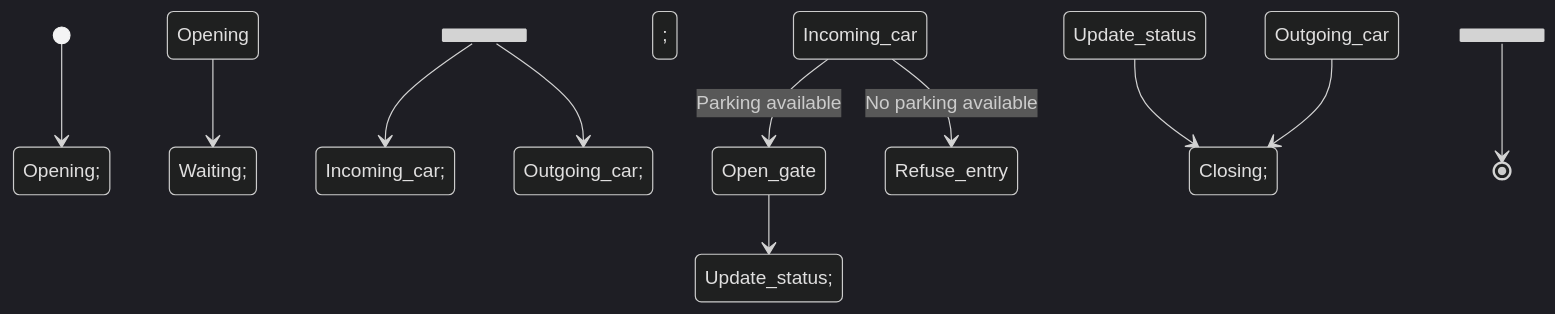
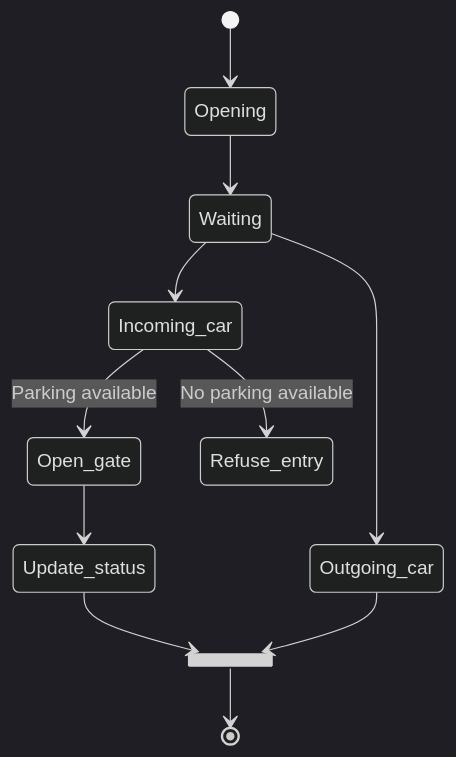
One commit to AmarS03/Tiny-Parking-System changed the diagram in README.md. Above: the diagram before and after it, drawn with Mermaid (dark theme).

Commit message:
Last fix for Mermaid diagram in README.md

````diff
--- a/README.md
+++ b/README.md
@@ -50,15 +50,15 @@
 ```mermaid
 stateDiagram-v2
-    [*] --> Opening;
-    Opening --> Waiting;
-    state Waiting <<fork>>;
-    Waiting --> Incoming_car;
-    Waiting --> Outgoing_car;
-    Incoming_car --> Open_gate: Parking available;
-    Incoming_car --> Refuse_entry: No parking available;
-    state Closing <<join>>;
-    Open_gate --> Update_status;
-    Update_status --> Closing;
-    Outgoing_car --> Closing;
-    Closing --> [*];
+    [*] --> Opening
+    Opening --> Waiting
+    state Waiting <<fork>>
+    Waiting --> Incoming_car
+    Waiting --> Outgoing_car
+    Incoming_car --> Open_gate: Parking available
+    Incoming_car --> Refuse_entry: No parking available
+    state Closing <<join>>
+    Open_gate --> Update_status
+    Update_status --> Closing
+    Outgoing_car --> Closing
+    Closing --> [*]
 ```
````
